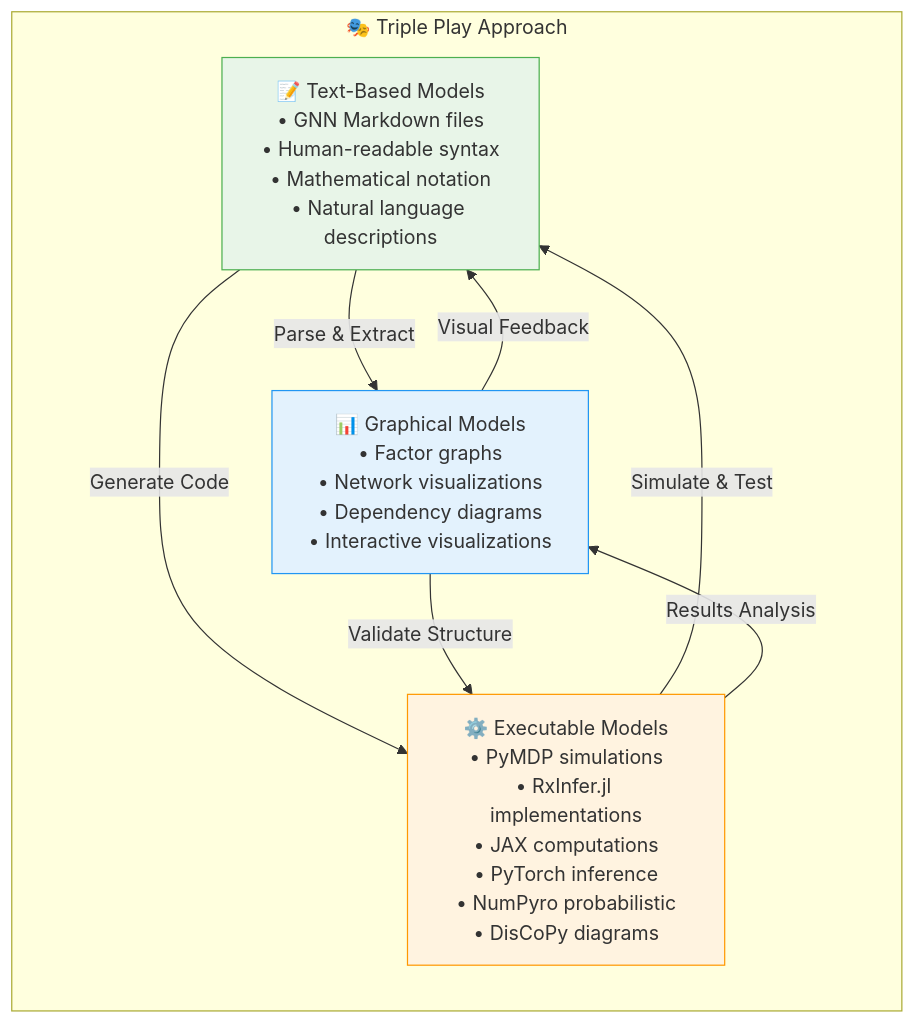
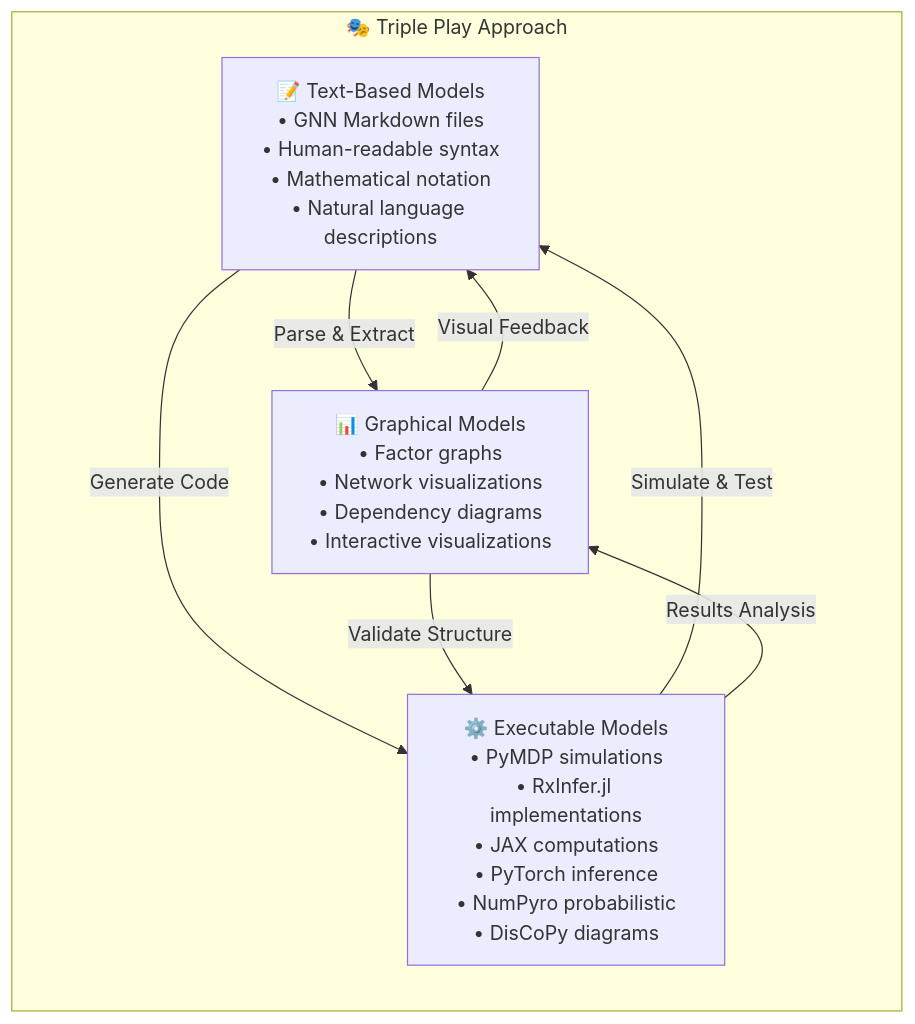
The first of 8 diagrams in README.md (ActiveInferenceInstitute/GeneralizedNotationNotation), drawn with Mermaid before and after one commit. The commit also changed other lines of this file and 1038 other files, not shown here.

````diff
--- a/README.md
+++ b/README.md
@@ -178,21 +178,19 @@
 ```mermaid
 graph LR
     subgraph "🎭 Triple Play Approach"
         A["📝 Text-Based Models<br/>• GNN Markdown files<br/>• Human-readable syntax<br/>• Mathematical notation<br/>• Natural language descriptions"]
         
         B["📊 Graphical Models<br/>• Factor graphs<br/>• Network visualizations<br/>• Dependency diagrams<br/>• Interactive visualizations"]
         
         C["⚙️ Executable Models<br/>• PyMDP simulations<br/>• RxInfer.jl implementations<br/>• JAX computations<br/>• PyTorch inference<br/>• NumPyro probabilistic<br/>• DisCoPy diagrams"]
     end
     
     A -->|Parse & Extract| B
     A -->|Generate Code| C
     B -->|Validate Structure| C
     C -->|Simulate & Test| A
     B -->|Visual Feedback| A
     C -->|Results Analysis| B
     
-    style A fill:#e8f5e8,stroke:#4caf50
-    style B fill:#e3f2fd,stroke:#2196f3
-    style C fill:#fff3e0,stroke:#ff9800
+    %% styling intentionally omitted (theme-controlled)
 ```
````
